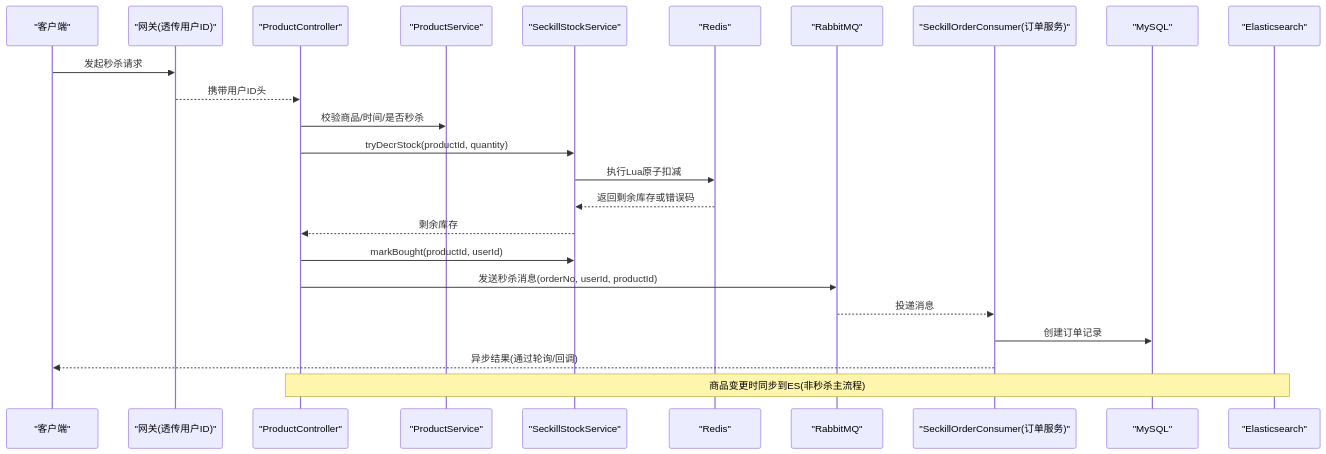
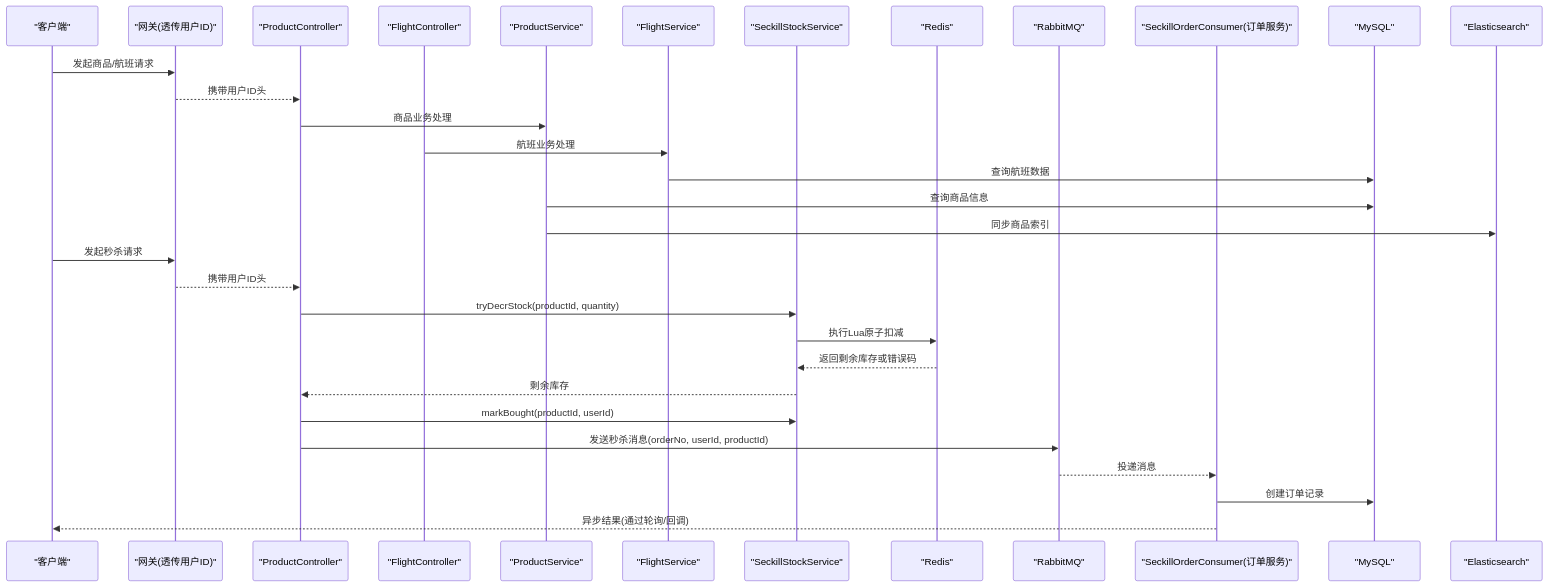
One commit to haohailiang/qoder-fullstack changed the second of 13 diagrams in .qoder/repowiki/zh/content/后端架构设计/商品服务/商品服务.md. Above: the diagram before and after it, drawn with Mermaid. The commit also changed other lines of this file and 45 other files, not shown here.

````diff
--- a/.qoder/repowiki/zh/content/后端架构设计/商品服务/商品服务.md
+++ b/.qoder/repowiki/zh/content/后端架构设计/商品服务/商品服务.md
@@ -97,26 +107,33 @@
 ```mermaid
 sequenceDiagram
 participant Client as "客户端"
 participant Gateway as "网关(透传用户ID)"
 participant PC as "ProductController"
+participant FC as "FlightController"
 participant PS as "ProductService"
+participant FS as "FlightService"
 participant SS as "SeckillStockService"
 participant Redis as "Redis"
 participant MQ as "RabbitMQ"
 participant OC as "SeckillOrderConsumer(订单服务)"
 participant DB as "MySQL"
 participant ES as "Elasticsearch"
+Client->>Gateway : 发起商品/航班请求
+Gateway-->>PC : 携带用户ID头
+PC->>PS : 商品业务处理
+FC->>FS : 航班业务处理
+FS->>DB : 查询航班数据
+PS->>DB : 查询商品信息
+PS->>ES : 同步商品索引
 Client->>Gateway : 发起秒杀请求
 Gateway-->>PC : 携带用户ID头
-PC->>PS : 校验商品/时间/是否秒杀
 PC->>SS : tryDecrStock(productId, quantity)
 SS->>Redis : 执行Lua原子扣减
 Redis-->>SS : 返回剩余库存或错误码
 SS-->>PC : 剩余库存
 PC->>SS : markBought(productId, userId)
 PC->>MQ : 发送秒杀消息(orderNo, userId, productId)
 MQ-->>OC : 投递消息
 OC->>DB : 创建订单记录
 OC-->>Client : 异步结果(通过轮询/回调)
-Note over PC,ES : 商品变更时同步到ES(非秒杀主流程)
 ```
````
